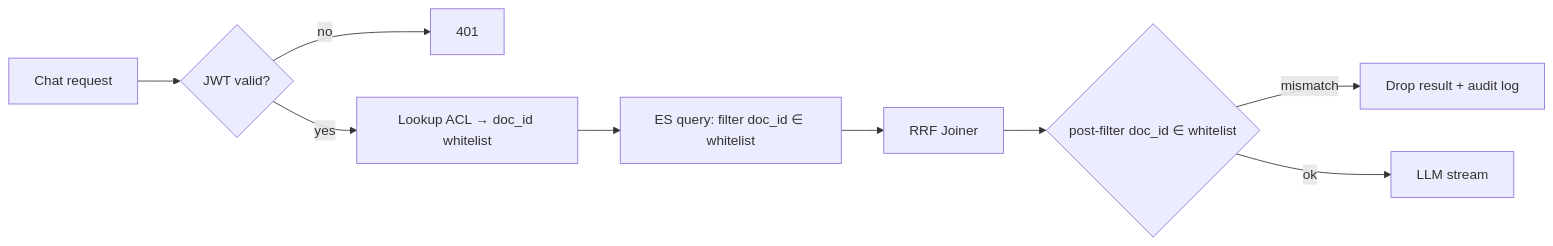
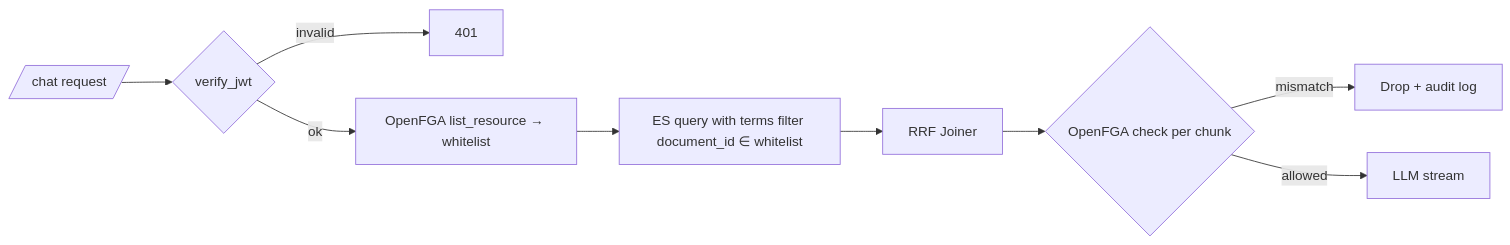
The third of 4 diagrams in docs/00_spec.md (jeffweilee/ragent), drawn with Mermaid before and after one commit. The commit also changed other lines of this file and 3 other files, not shown here.

````diff
--- a/docs/00_spec.md
+++ b/docs/00_spec.md
@@ -100,11 +131,11 @@
 ```mermaid
 flowchart LR
-  A[Chat request] --> B{JWT valid?}
-  B -- no --> X[401]
-  B -- yes --> C[Lookup ACL → doc_id whitelist]
-  C --> D[ES query: filter doc_id ∈ whitelist]
+  A[/chat request/] --> B{verify_jwt}
+  B -- invalid --> X[401]
+  B -- ok --> C[OpenFGA list_resource → whitelist]
+  C --> D[ES query with terms filter document_id ∈ whitelist]
   D --> E[RRF Joiner]
-  E --> F{post-filter doc_id ∈ whitelist}
-  F -- mismatch --> G[Drop result + audit log]
-  F -- ok --> H[LLM stream]
+  E --> F{OpenFGA check per chunk}
+  F -- mismatch --> G[Drop + audit log]
+  F -- allowed --> H[LLM stream]
 ```
````
